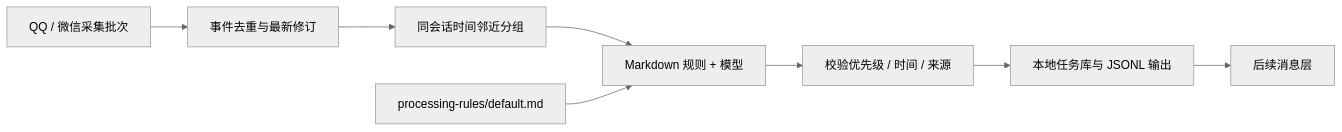
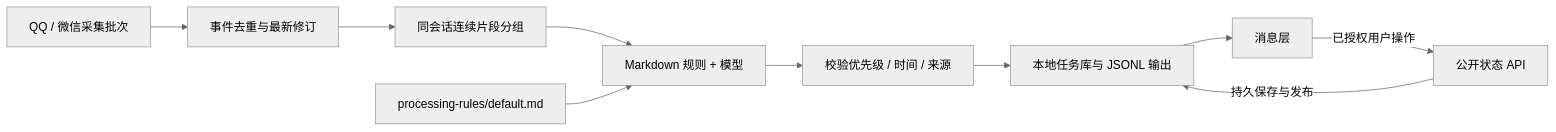
One commit to EmberCollective/chat-collector changed the diagram in docs/processing.md. Above: the diagram before and after it, drawn with Mermaid (neutral theme). The commit also changed other lines of this file and 15 other files, not shown here.

````diff
--- a/docs/processing.md
+++ b/docs/processing.md
@@ -5,10 +5,12 @@
 ```mermaid
 flowchart LR
   A[QQ / 微信采集批次] --> B[事件去重与最新修订]
-  B --> C[同会话时间邻近分组]
+  B --> C[同会话连续片段分组]
   C --> D[Markdown 规则 + 模型]
   D --> E[校验优先级 / 时间 / 来源]
   E --> F[本地任务库与 JSONL 输出]
   R[processing-rules/default.md] --> D
-  F --> N[后续消息层]
+  F --> N[消息层]
+  N -->|已授权用户操作| S[公开状态 API]
+  S -->|持久保存与发布| F
 ```
````
